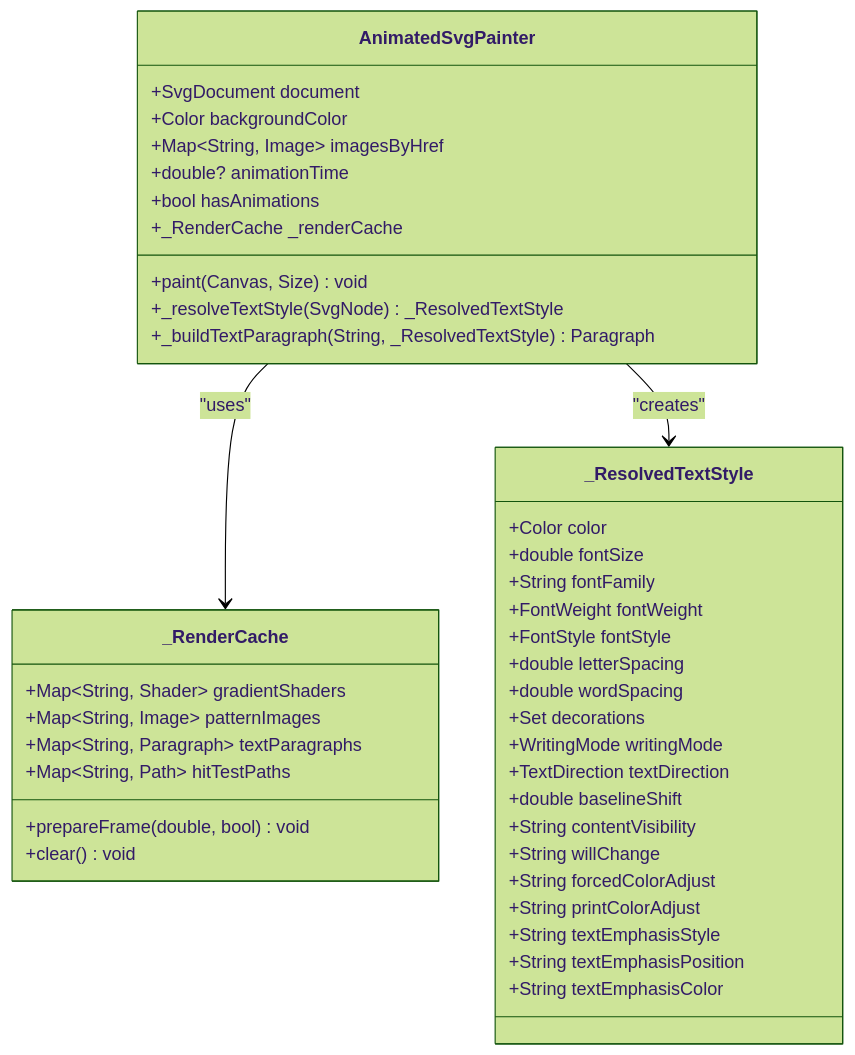
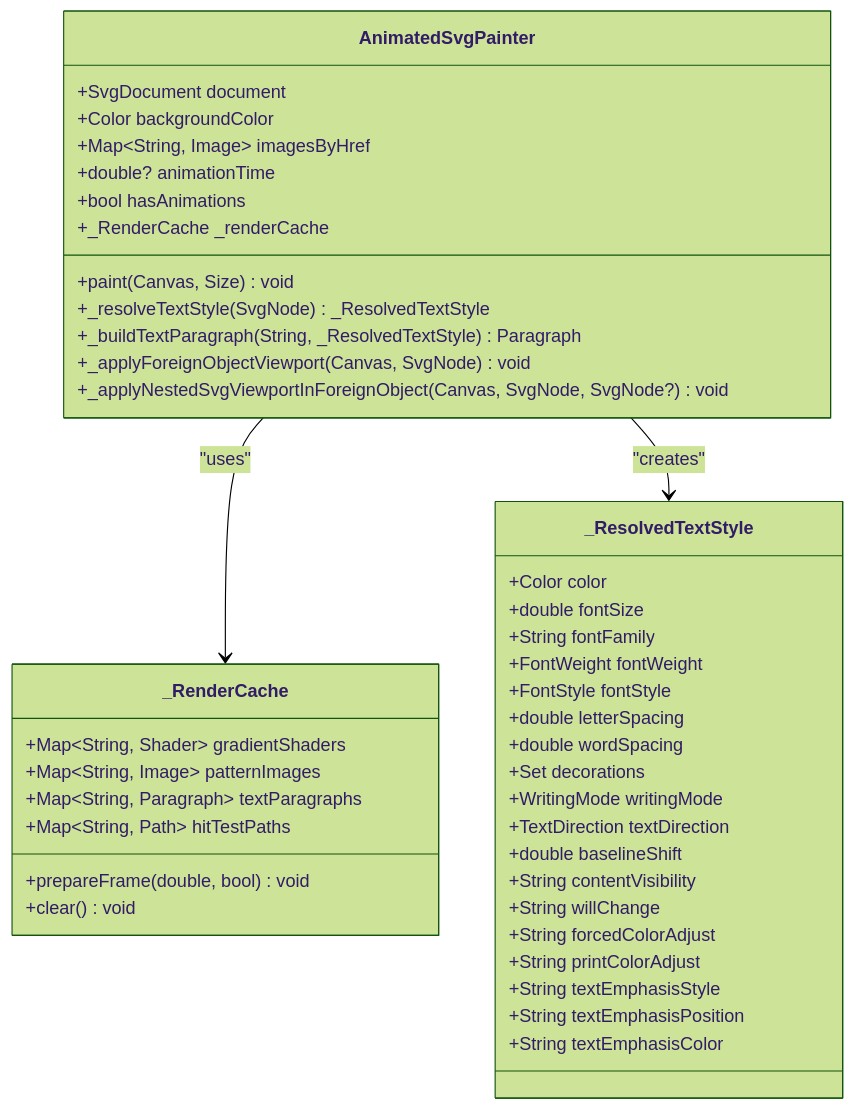
Before and after one commit to denisnadey/flutter_full_svg_support: the second of 13 diagrams in .qoder/repowiki/en/content/Animated SVG Support/Advanced Animation Features/Enhanced Text Styling System.md, drawn with Mermaid (forest theme). The commit also changed other lines of this file and 5 other files, not shown here.

````diff
--- a/.qoder/repowiki/en/content/Animated SVG Support/Advanced Animation Features/Enhanced Text Styling System.md
+++ b/.qoder/repowiki/en/content/Animated SVG Support/Advanced Animation Features/Enhanced Text Styling System.md
@@ -129,44 +134,46 @@
 ```mermaid
 classDiagram
 class AnimatedSvgPainter {
 +SvgDocument document
 +Color backgroundColor
 +Map~String, Image~ imagesByHref
 +double? animationTime
 +bool hasAnimations
 +_RenderCache _renderCache
 +paint(Canvas, Size) void
 +_resolveTextStyle(SvgNode) _ResolvedTextStyle
 +_buildTextParagraph(String, _ResolvedTextStyle) Paragraph
++_applyForeignObjectViewport(Canvas, SvgNode) void
++_applyNestedSvgViewportInForeignObject(Canvas, SvgNode, SvgNode?) void
 }
 class _RenderCache {
 +Map~String, Shader~ gradientShaders
 +Map~String, Image~ patternImages
 +Map~String, Paragraph~ textParagraphs
 +Map~String, Path~ hitTestPaths
 +prepareFrame(double, bool) void
 +clear() void
 }
 class _ResolvedTextStyle {
 +Color color
 +double fontSize
 +String fontFamily
 +FontWeight fontWeight
 +FontStyle fontStyle
 +double letterSpacing
 +double wordSpacing
 +Set decorations
 +WritingMode writingMode
 +TextDirection textDirection
 +double baselineShift
 +String contentVisibility
 +String willChange
 +String forcedColorAdjust
 +String printColorAdjust
 +String textEmphasisStyle
 +String textEmphasisPosition
 +String textEmphasisColor
 }
 AnimatedSvgPainter --> _RenderCache : "uses"
 AnimatedSvgPainter --> _ResolvedTextStyle : "creates"
 ```
````
